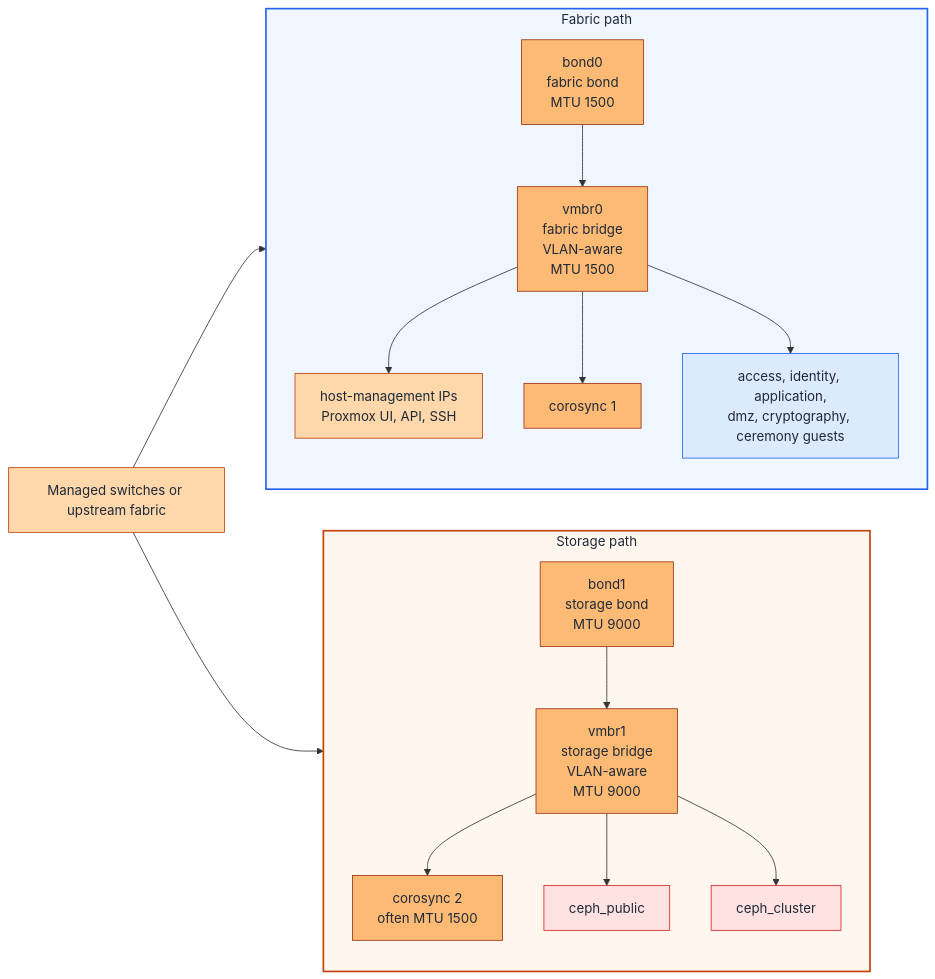
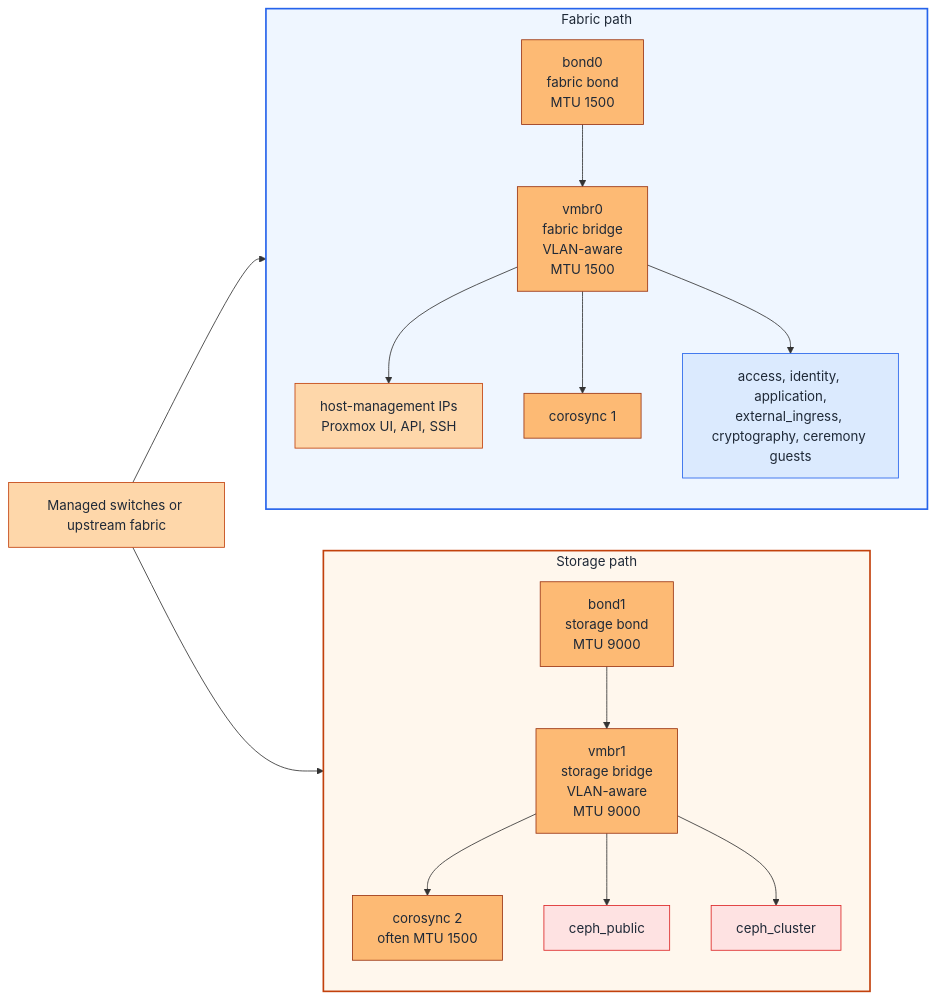
Before and after one commit to Rexus/homelab: the diagram in docs/platforms/proxmox/network-prerequisites.md, drawn with Mermaid. The commit also changed other lines of this file and 52 other files, not shown here.

````diff
--- a/docs/platforms/proxmox/network-prerequisites.md
+++ b/docs/platforms/proxmox/network-prerequisites.md
@@ -61,48 +61,48 @@
 ```mermaid
 flowchart LR
     Switches[Managed switches or upstream fabric]
 
     subgraph Fabric["Storage path"]
       direction TB
       Bond0[bond1<br/>storage bond<br/>MTU 9000]
       Vmbr0[vmbr1<br/>storage bridge<br/>VLAN-aware<br/>MTU 9000]
       Mgmt[corosync 2<br/>often MTU 1500]
       Corosync1[ceph_public]
       Guests[ceph_cluster]
 
       Bond0 --> Vmbr0
       Vmbr0 --> Mgmt
       Vmbr0 --> Corosync1
       Vmbr0 --> Guests
     end
 
     subgraph Storage["Fabric path"]
       direction TB
       Bond1[bond0<br/>fabric bond<br/>MTU 1500]
       Vmbr1[vmbr0<br/>fabric bridge<br/>VLAN-aware<br/>MTU 1500]
       Corosync2[host-management IPs<br/>Proxmox UI, API, SSH]
       CephPublic[corosync 1]
-      CephCluster[access, identity, application,<br/>dmz, cryptography, ceremony guests]
+      CephCluster[access, identity, application,<br/>external_ingress, cryptography, ceremony guests]
 
       Bond1 --> Vmbr1
       Vmbr1 --> Corosync2
       Vmbr1 --> CephPublic
       Vmbr1 --> CephCluster
     end
 
     Switches --> Bond0
     Switches --> Bond1
 
     style Fabric fill:#fff7ed,stroke:#c2410c,stroke-width:2px,color:#1f2937
     style Storage fill:#eff6ff,stroke:#2563eb,stroke-width:2px,color:#1f2937
 
     classDef mgmtNode fill:#fed7aa,stroke:#c2410c,color:#1f2937
     classDef appNode fill:#dbeafe,stroke:#2563eb,color:#1f2937
     classDef proxmoxNode fill:#fdba74,stroke:#9a3412,color:#1f2937
     classDef cephNode fill:#fee2e2,stroke:#dc2626,color:#1f2937
 
     class Switches,Corosync2 mgmtNode
     class CephCluster appNode
     class Bond0,Bond1,Vmbr0,Vmbr1,Mgmt,CephPublic proxmoxNode
     class Corosync1,Guests cephNode
 ```
````
